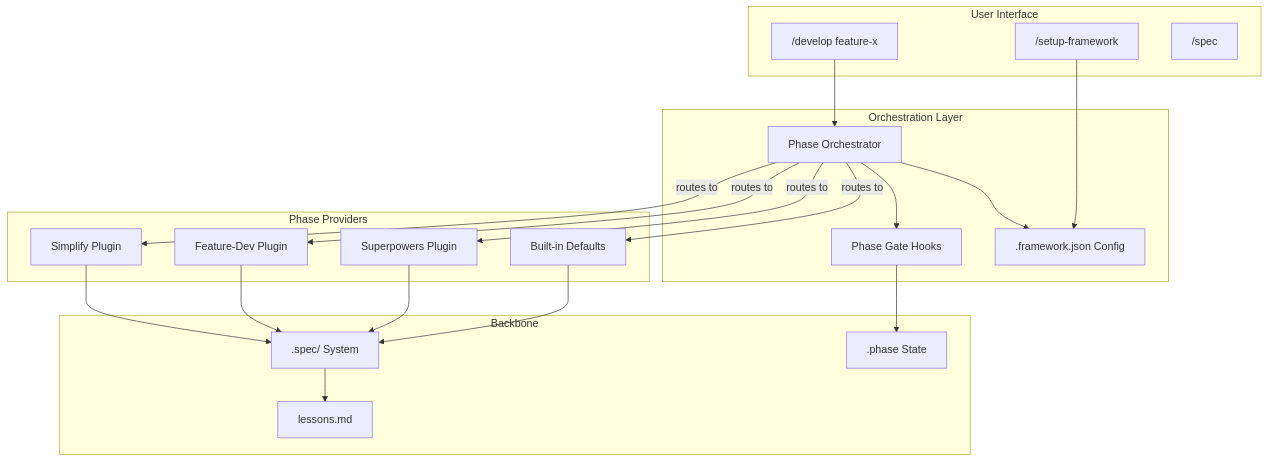
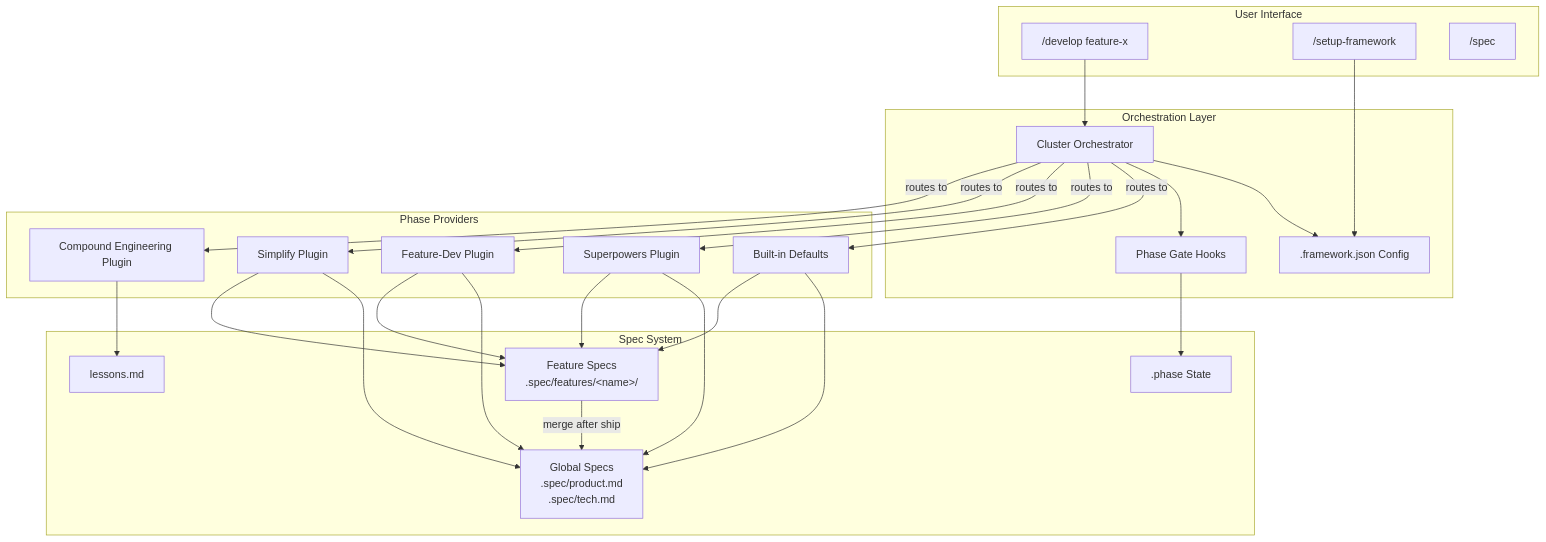
Before and after one commit to LennardZuendorf/vibe: the first of 11 diagrams in .spec/product-design.md, drawn with Mermaid. The commit also changed other lines of this file and 1 other file, not shown here.

First line of the commit message:
update: restructure product specs with clustered phases and global/feature spec separation

````diff
--- a/.spec/product-design.md
+++ b/.spec/product-design.md
@@ -19,42 +19,46 @@
 ```mermaid
 graph TB
     subgraph "User Interface"
         U["/develop feature-x"]
         S["/setup-framework"]
         SP["/spec"]
     end
 
     subgraph "Orchestration Layer"
-        O[Phase Orchestrator]
+        O[Cluster Orchestrator]
         C[".framework.json Config"]
         PG[Phase Gate Hooks]
     end
 
     subgraph "Phase Providers"
         BI[Built-in Defaults]
         SP_P[Superpowers Plugin]
         FD_P[Feature-Dev Plugin]
         SI_P[Simplify Plugin]
+        CE_P[Compound Engineering Plugin]
     end
 
-    subgraph "Backbone"
-        SPEC[".spec/ System"]
+    subgraph "Spec System"
+        GS["Global Specs<br/>.spec/product.md<br/>.spec/tech.md"]
+        FS["Feature Specs<br/>.spec/features/&lt;name&gt;/"]
+        LESSONS["lessons.md"]
         PHASE[".phase State"]
-        LESSONS["lessons.md"]
     end
 
     U --> O
     S --> C
     O --> C
     O --> PG
     PG --> PHASE
     O -->|routes to| BI
     O -->|routes to| SP_P
     O -->|routes to| FD_P
     O -->|routes to| SI_P
-    BI --> SPEC
-    SP_P --> SPEC
-    FD_P --> SPEC
-    SI_P --> SPEC
-    SPEC --> LESSONS
+    O -->|routes to| CE_P
+    BI --> GS & FS
+    SP_P --> GS & FS
+    FD_P --> GS & FS
+    SI_P --> GS & FS
+    CE_P --> LESSONS
+    FS -->|merge after ship| GS
 ```
````
